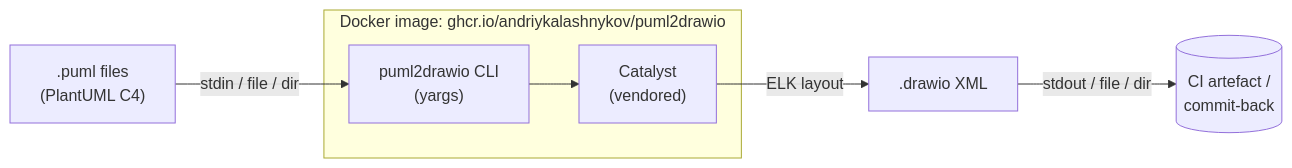
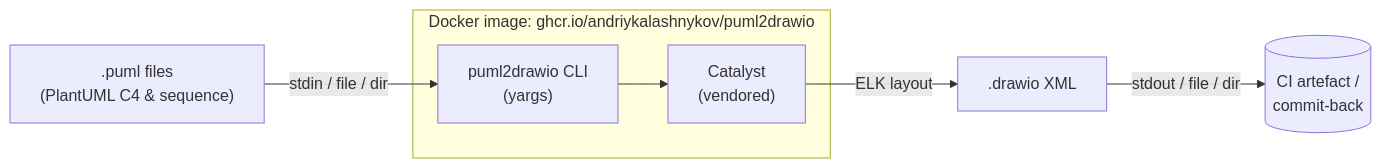
Before and after one commit to AndriyKalashnykov/puml2drawio: the diagram in README.md, drawn with Mermaid. The commit also changed other lines of this file, not shown here.

First line of the commit message:
docs(readme): cover C4 & sequence sources, not C4-only

````diff
--- a/README.md
+++ b/README.md
@@ -10,12 +10,12 @@
 ```mermaid
 flowchart LR
-  puml[".puml files<br/>(PlantUML C4)"] -->|stdin / file / dir| cli["puml2drawio CLI<br/>(yargs)"]
+  puml[".puml files<br/>(PlantUML C4 & sequence)"] -->|stdin / file / dir| cli["puml2drawio CLI<br/>(yargs)"]
   cli --> conv["Catalyst<br/>(vendored)"]
   conv -->|ELK layout| drawio[".drawio XML"]
   drawio -->|stdout / file / dir| out[("CI artefact /<br/>commit-back")]
 
   subgraph "Docker image: ghcr.io/andriykalashnykov/puml2drawio"
     cli
     conv
   end
 ```
````
